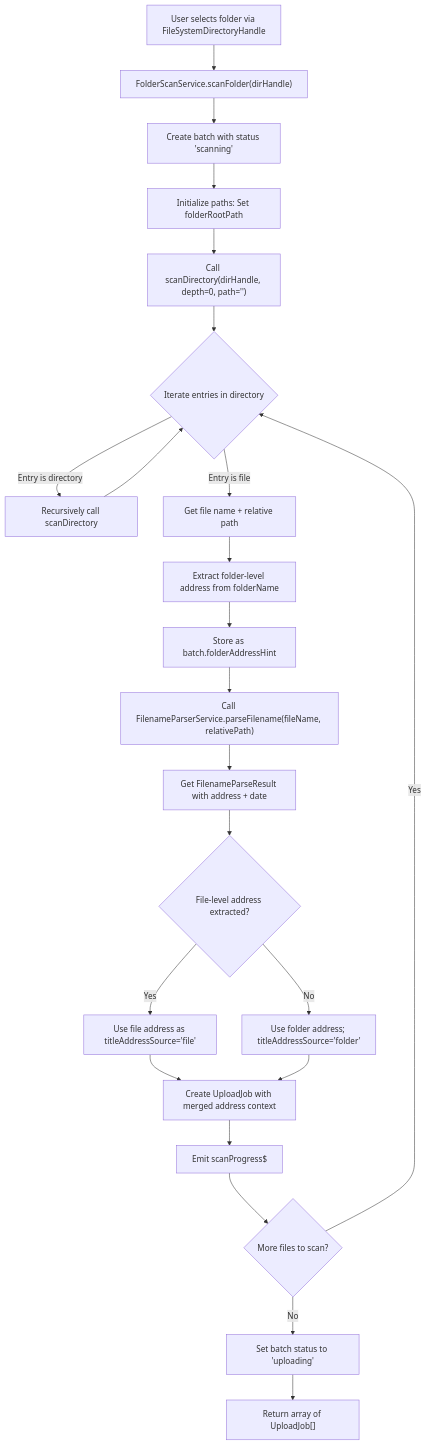
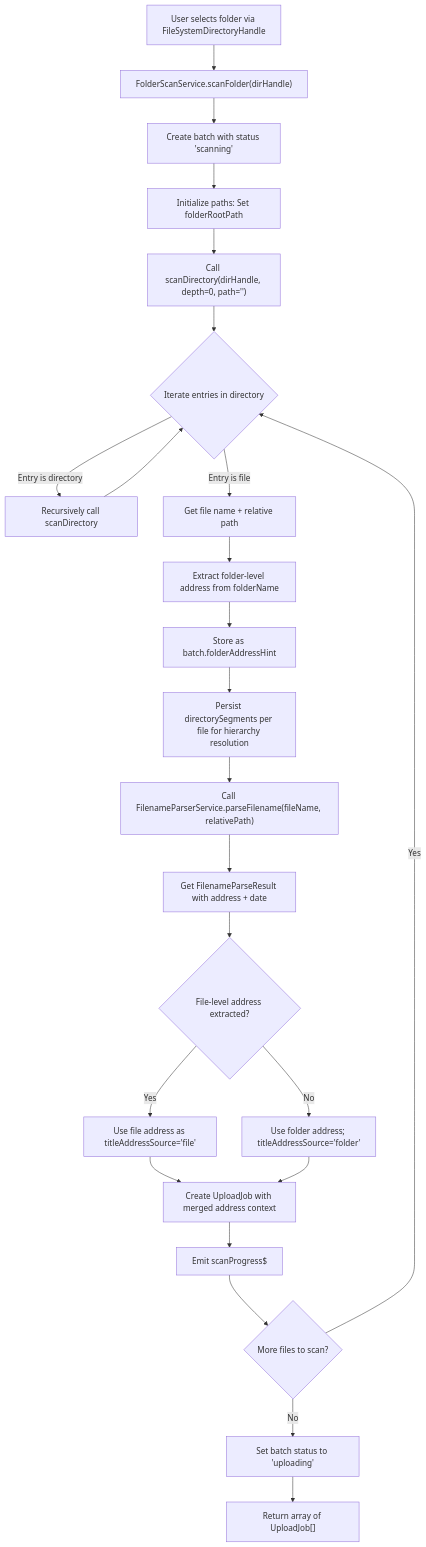
One commit to matkleve/feldpost changed the first of 2 diagrams in docs/element-specs/folder-scan.md. Above: the diagram before and after it, drawn with Mermaid. The commit also changed other lines of this file and 17 other files, not shown here.

````diff
--- a/docs/element-specs/folder-scan.md
+++ b/docs/element-specs/folder-scan.md
@@ -63,25 +65,26 @@
 ```mermaid
 flowchart TD
   A["User selects folder via FileSystemDirectoryHandle"] --> B["FolderScanService.scanFolder(dirHandle)"]
   B --> C["Create batch with status 'scanning'"]
   C --> D["Initialize paths: Set folderRootPath"]
   D --> E["Call scanDirectory(dirHandle, depth=0, path='')"]
   E --> F{"Iterate entries in directory"}
   F -->|Entry is directory| G["Recursively call scanDirectory"]
   F -->|Entry is file| H["Get file name + relative path"]
   G --> F
   H --> I["Extract folder-level address from folderName"]
   I --> J["Store as batch.folderAddressHint"]
-  J --> K["Call FilenameParserService.parseFilename(fileName, relativePath)"]
+  J --> J1["Persist directorySegments per file for hierarchy resolution"]
+  J1 --> K["Call FilenameParserService.parseFilename(fileName, relativePath)"]
   K --> L["Get FilenameParseResult with address + date"]
   L --> M{"File-level address extracted?"}
   M -->|Yes| N["Use file address as titleAddressSource='file'"]
   M -->|No| O["Use folder address; titleAddressSource='folder'"]
   N --> P["Create UploadJob with merged address context"]
   O --> P
   P --> Q["Emit scanProgress$"]
   Q --> R{"More files to scan?"}
   R -->|Yes| F
   R -->|No| S["Set batch status to 'uploading'"]
   S --> T["Return array of UploadJob[]"]
 ```
````
